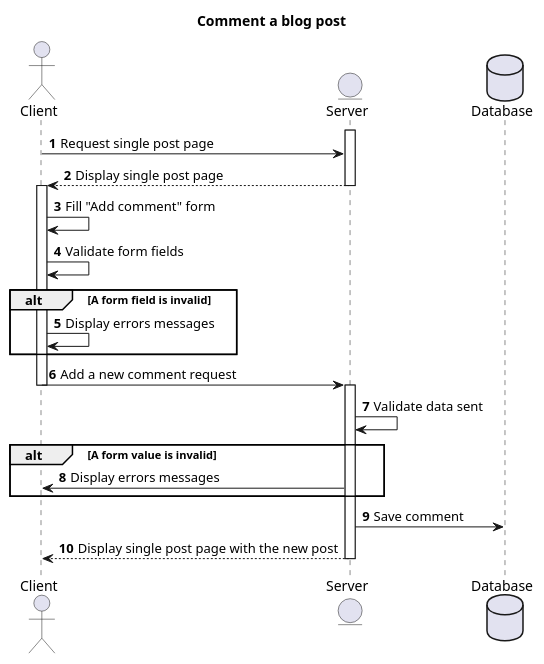
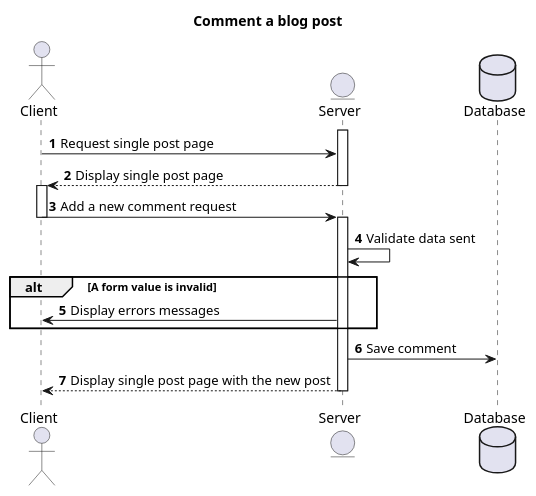
One commit to acecconato/AnthonyCecconato_5_18102021 changed the diagram in docs/puml/sequence/blog/comment_blog_post.puml. Above: the diagram before and after it, drawn with PlantUML. The commit also changed 9 other files, not shown here.

```diff
--- a/docs/puml/sequence/blog/comment_blog_post.puml
+++ b/docs/puml/sequence/blog/comment_blog_post.puml
@@ -1,45 +1,38 @@
 @startuml
 
 title Comment a blog post
-autonumber 
+autonumber
 
 actor Client
 entity Server
 Database Database
 
 activate Server
 
 Client -> Server : Request single post page
-Server --> Client : Display single post page 
+Server --> Client : Display single post page
 
 deactivate Server
 
 activate Client
-
-Client -> Client : Fill "Add comment" form
-Client -> Client : Validate form fields
-
-alt A form field is invalid 
-    Client -> Client: Display errors messages
-end
 
 Client -> Server : Add a new comment request
 
 deactivate Client
 
 activate Server
 
 Server -> Server : Validate data sent
 
-alt A form value is invalid 
+alt A form value is invalid
     Server -> Client: Display errors messages
 end
 
 
 Server -> Database: Save comment
 
 Server --> Client: Display single post page with the new post
 
 deactivate Server
 
 @enduml
```
